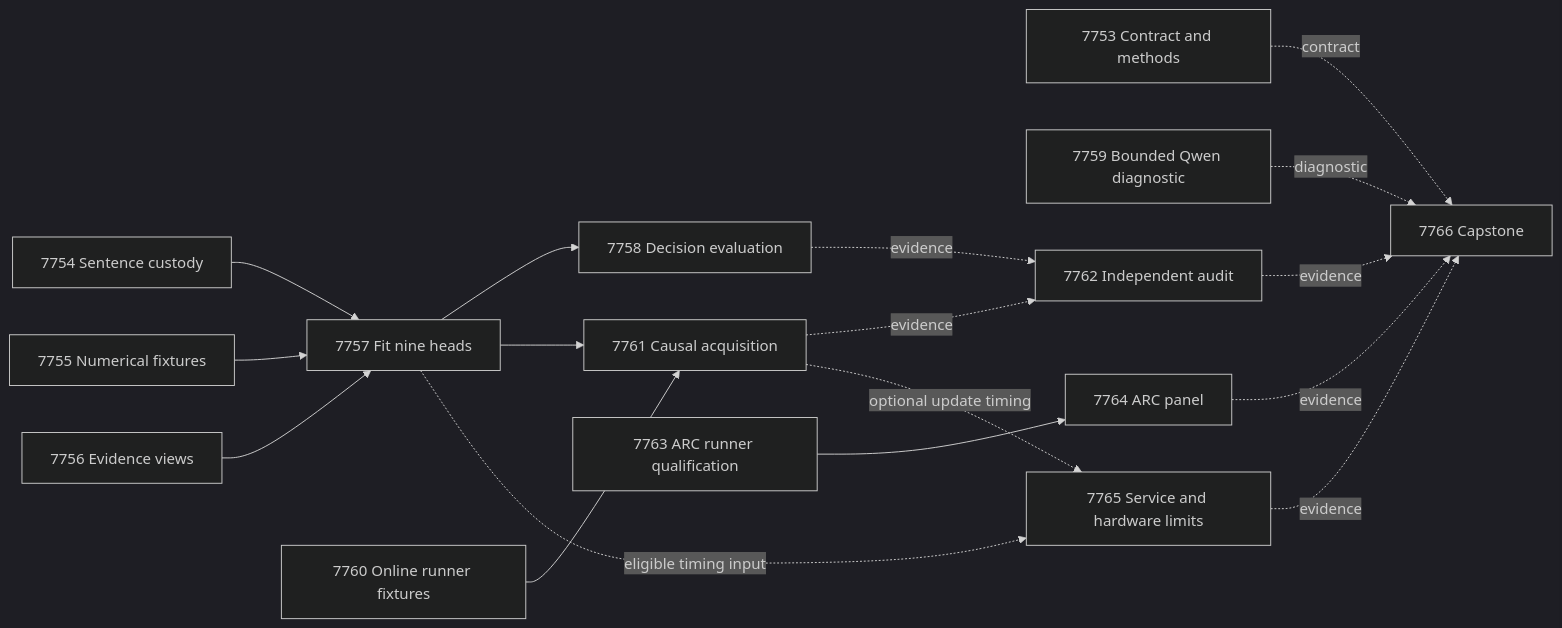
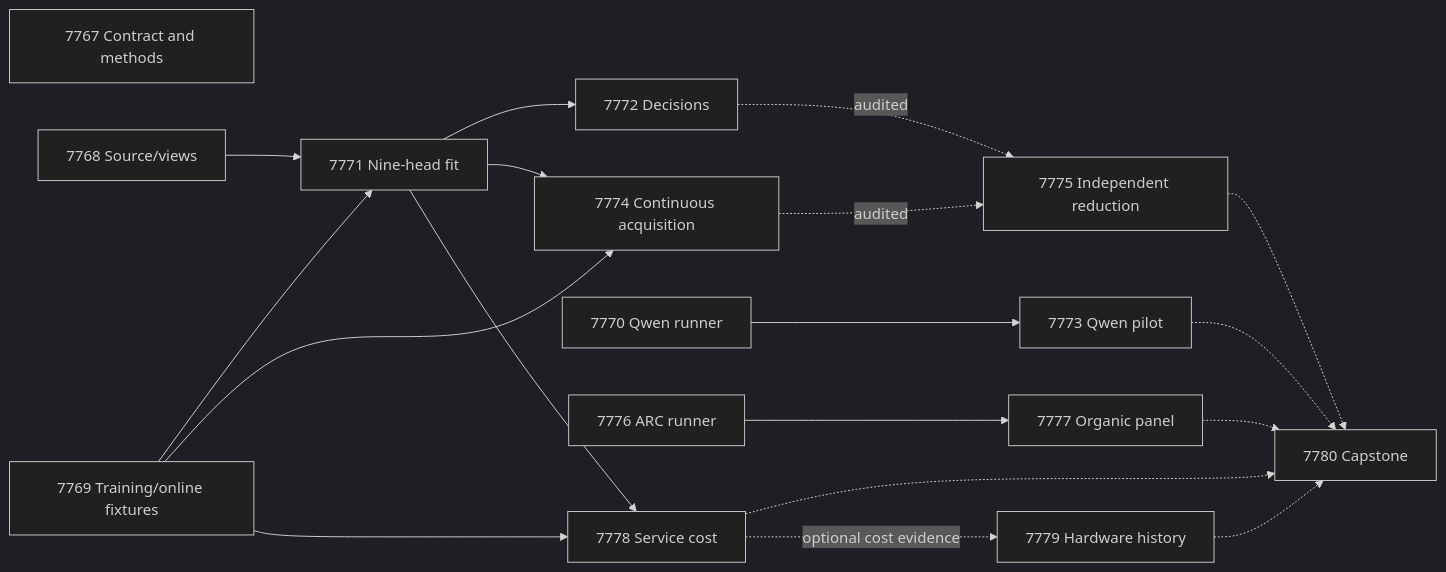
The second of 2 diagrams in openspec/change-proposals/research-roadmap-vNEXT.md (Carnot-EBM/carnot-ebm), drawn with Mermaid (dark theme) before and after one commit. The commit also changed other lines of this file and 22 other files, not shown here.

````diff
--- a/openspec/change-proposals/research-roadmap-vNEXT.md
+++ b/openspec/change-proposals/research-roadmap-vNEXT.md
@@ -271,21 +272,21 @@
 ```mermaid
 flowchart LR
-    E7753[7753 Contract and methods]
-    E7754[7754 Sentence custody] --> E7757[7757 Fit nine heads]
-    E7755[7755 Numerical fixtures] --> E7757
-    E7756[7756 Evidence views] --> E7757
-    E7757 --> E7758[7758 Decision evaluation]
-    E7759[7759 Bounded Qwen diagnostic]
-    E7760[7760 Online runner fixtures] --> E7761[7761 Causal acquisition]
-    E7757 --> E7761
-    E7758 -. evidence .-> E7762[7762 Independent audit]
-    E7761 -. evidence .-> E7762
-    E7763[7763 ARC runner qualification] --> E7764[7764 ARC panel]
-    E7757 -. eligible timing input .-> E7765[7765 Service and hardware limits]
-    E7761 -. optional update timing .-> E7765
-    E7753 -. contract .-> E7766[7766 Capstone]
-    E7759 -. diagnostic .-> E7766
-    E7762 -. evidence .-> E7766
-    E7764 -. evidence .-> E7766
-    E7765 -. evidence .-> E7766
+    E7767[7767 Contract and methods]
+    E7768[7768 Source/views] --> E7771[7771 Nine-head fit]
+    E7769[7769 Training/online fixtures] --> E7771
+    E7770[7770 Qwen runner] --> E7773[7773 Qwen pilot]
+    E7771 --> E7772[7772 Decisions]
+    E7771 --> E7774[7774 Continuous acquisition]
+    E7769 --> E7774
+    E7772 -. audited .-> E7775[7775 Independent reduction]
+    E7774 -. audited .-> E7775
+    E7776[7776 ARC runner] --> E7777[7777 Organic panel]
+    E7771 --> E7778[7778 Service cost]
+    E7769 --> E7778
+    E7778 -. optional cost evidence .-> E7779[7779 Hardware history]
+    E7775 -.-> E7780[7780 Capstone]
+    E7773 -.-> E7780
+    E7777 -.-> E7780
+    E7778 -.-> E7780
+    E7779 -.-> E7780
 ```
````
